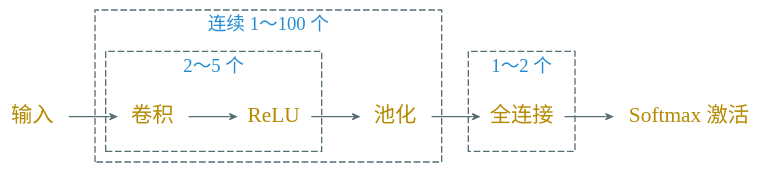
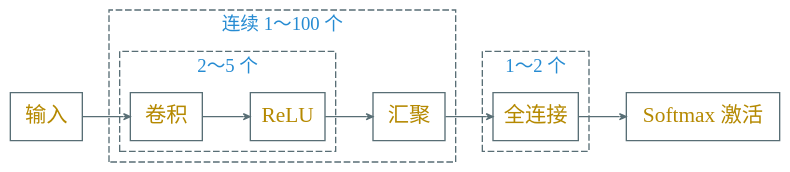
The diagram in dot/cnn.dot (Avanti1980/course-gnn), drawn with Graphviz before and after one commit. The commit also changed 23 other files, not shown here.

```diff
--- a/dot/cnn.dot
+++ b/dot/cnn.dot
@@ -1,43 +1,43 @@
 digraph g {
     graph [nodesep=0.2, ranksep=0.5]
     rankdir=LR
-    node [shape=plaintext color="#586e75" fontname="EBG,fzlz" fontcolor="#b58900" fontsize=16]
+    node [shape=box color="#586e75" fontname="EBG,fzlz" fontcolor="#b58900" fontsize=16]
     edge [arrowhead=vee color="#586e75" fontname="EBG,fzlz" fontcolor="#268bd2" fontsize=12 arrowsize=0.5]
     bgcolor="transparent"
 
     输入
 
     subgraph cluster_1 {
         color="#586e75"
         fontcolor="#268bd2"
         fontname="EBG,fzlz"
         style="dashed"
         label="连续 1～100 个"
 
         subgraph cluster_11 {
             color="#586e75"
             fontcolor="#268bd2"
             fontname="EBG,fzlz"
             style="dashed"
             label="2～5 个"
 
             卷积 -> ReLU
         }
 
-        ReLU -> 池化
+        ReLU -> 汇聚
     }
 
     输入 -> 卷积
 
     subgraph cluster_2 {
         color="#586e75"
         fontcolor="#268bd2"
         fontname="EBG,fzlz"
         style="dashed"
         label="1～2 个"
 
         全连接
     }
 
-    池化 -> 全连接 -> "Softmax 激活"
+    汇聚 -> 全连接 -> "Softmax 激活"
 }
```
